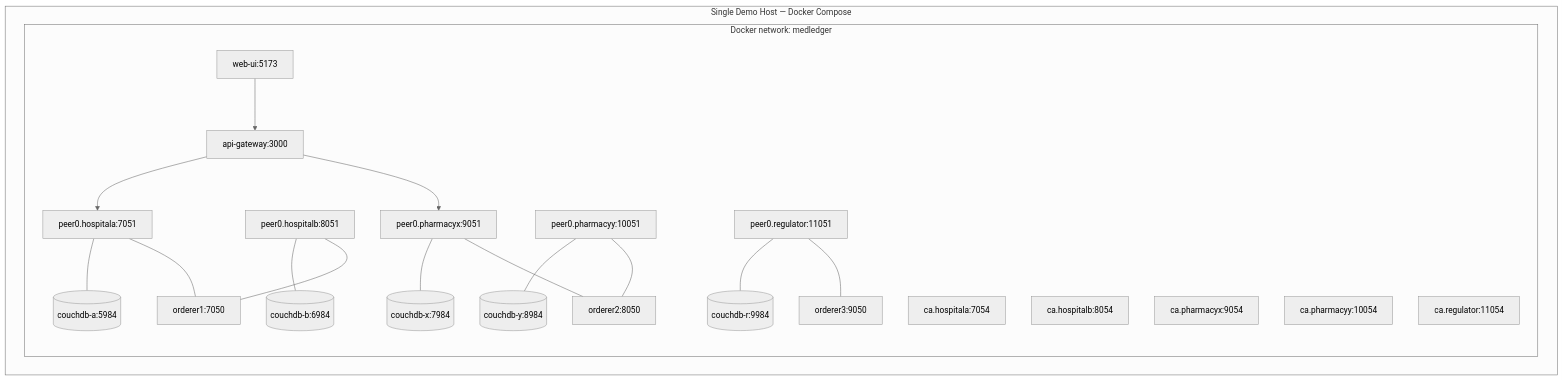
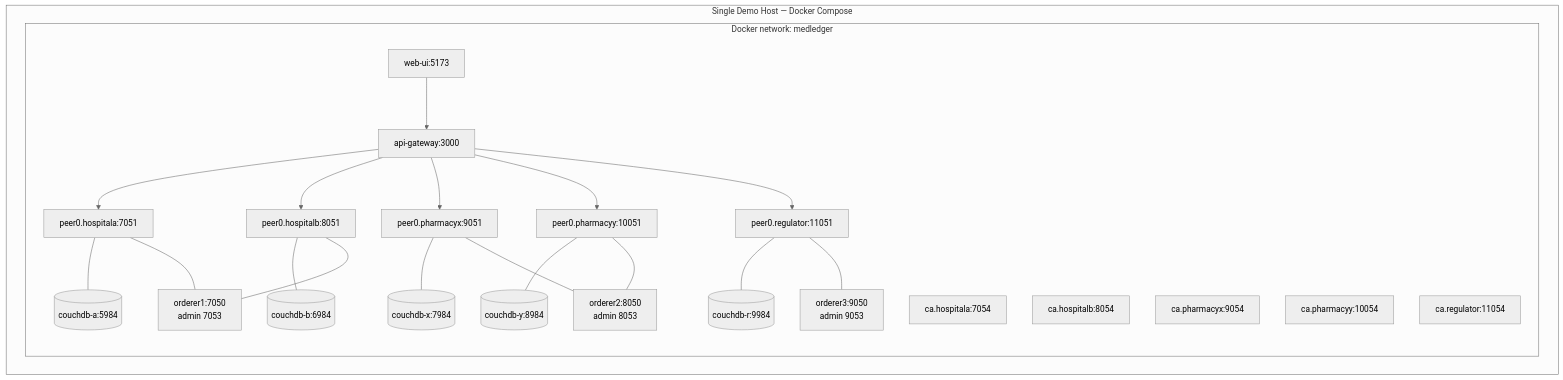
Diagram 11 of 11 in docs/design.md (nithinvin/medledger), drawn with Mermaid (neutral theme) before and after one commit. The commit also changed other lines of this file and 7 other files, not shown here.

````diff
--- a/docs/design.md
+++ b/docs/design.md
@@ -503,47 +562,50 @@
 ```mermaid
 graph TB
     subgraph Host["Single Demo Host — Docker Compose"]
         subgraph Net["Docker network: medledger"]
-            O1[orderer1:7050]
-            O2[orderer2:8050]
-            O3[orderer3:9050]
+            O1[orderer1:7050<br/>admin 7053]
+            O2[orderer2:8050<br/>admin 8053]
+            O3[orderer3:9050<br/>admin 9053]
 
             PA[peer0.hospitala:7051]
             PB[peer0.hospitalb:8051]
             PX[peer0.pharmacyx:9051]
             PY[peer0.pharmacyy:10051]
             PR[peer0.regulator:11051]
 
             CA1[ca.hospitala:7054]
             CA2[ca.hospitalb:8054]
             CA3[ca.pharmacyx:9054]
             CA4[ca.pharmacyy:10054]
             CA5[ca.regulator:11054]
 
             DBA[(couchdb-a:5984)]
             DBB[(couchdb-b:6984)]
             DBX[(couchdb-x:7984)]
             DBY[(couchdb-y:8984)]
             DBR[(couchdb-r:9984)]
 
             API[api-gateway:3000]
             WEB[web-ui:5173]
         end
     end
 
     PA --- DBA
     PB --- DBB
     PX --- DBX
     PY --- DBY
     PR --- DBR
 
     PA --- O1
     PB --- O1
     PX --- O2
     PY --- O2
     PR --- O3
 
     API --> PA
+    API --> PB
     API --> PX
+    API --> PY
+    API --> PR
     WEB --> API
 ```
````
